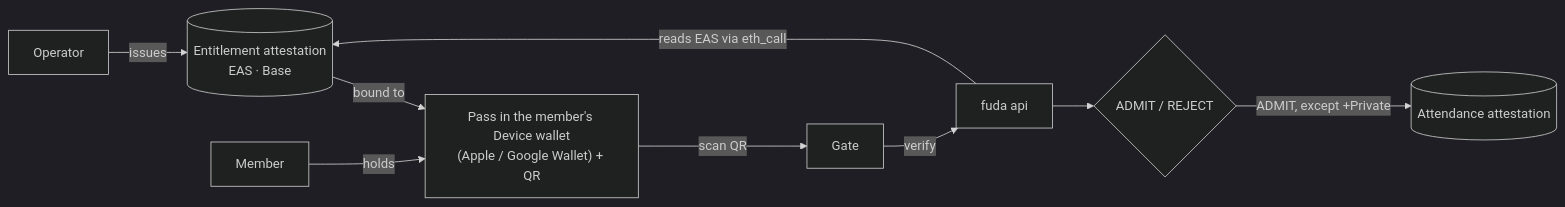
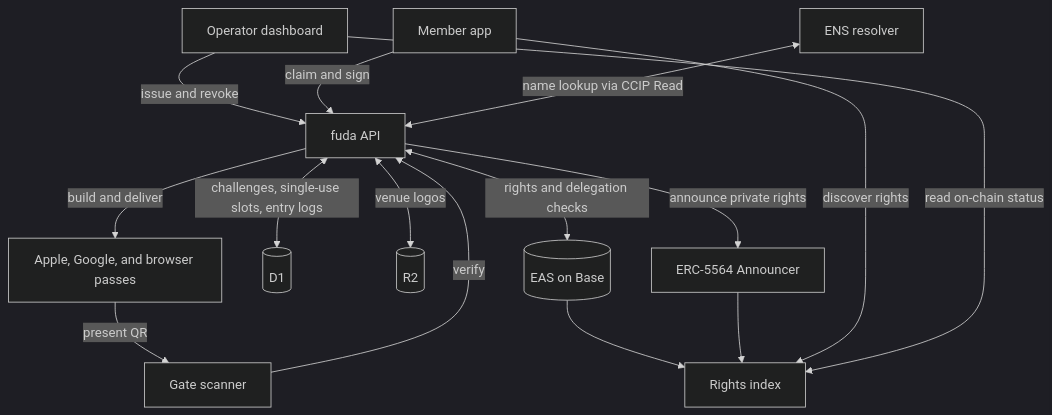
Before and after one commit to oboroxyz/fuda-sh: the first of 2 diagrams in README.md, drawn with Mermaid (dark theme). The commit also changed other lines of this file and 9 other files, not shown here.

````diff
--- a/README.md
+++ b/README.md
@@ -42,11 +57,17 @@
 ```mermaid
-flowchart LR
-    O[Operator] -->|issues| E[("Entitlement attestation<br/>EAS · Base")]
-    E -->|bound to| P["Pass in the member's Device wallet<br/>(Apple / Google Wallet) + QR"]
-    M[Member] -->|holds| P
-    P -->|scan QR| G[Gate]
-    G -->|verify| API[fuda api]
-    API -->|reads EAS via eth_call| E
-    API --> D{ADMIT / REJECT}
-    D -->|ADMIT, except +Private| A[("Attendance attestation")]
+flowchart TB
+    DASH[Operator dashboard] -->|issue and revoke| API[fuda API]
+    APP[Member app] -->|claim and sign| API
+    GATE[Gate scanner] -->|verify| API
+    API <-->|rights and delegation checks| EAS[(EAS on Base)]
+    API <-->|challenges, single-use slots, entry logs| D1[(D1)]
+    API <-->|venue logos| R2[(R2)]
+    API -->|build and deliver| PASS[Apple, Google, and browser passes]
+    PASS -->|present QR| GATE
+    EAS --> INDEX[Rights index]
+    ANN[ERC-5564 Announcer] --> INDEX
+    API -->|announce private rights| ANN
+    APP -->|discover rights| INDEX
+    DASH -->|read on-chain status| INDEX
+    ENS[ENS resolver] <-->|name lookup via CCIP Read| API
 ```
````
